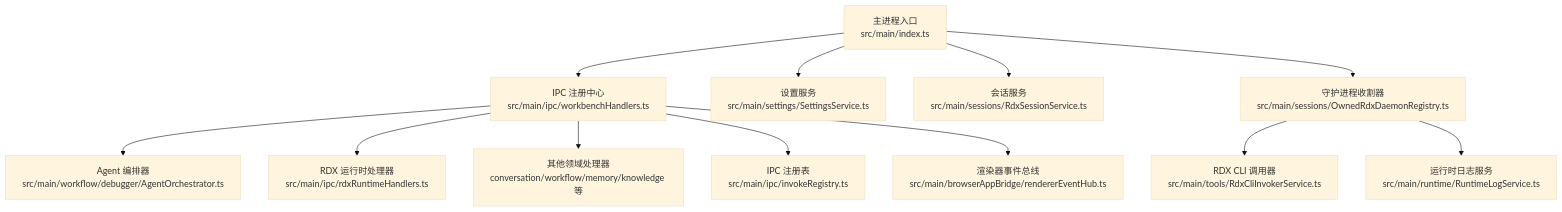
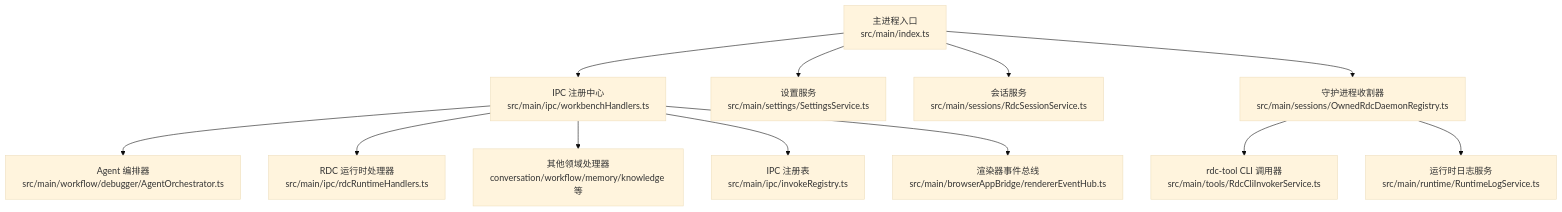
One commit to haolange/RDC-Agent changed the first of 10 diagrams in .qoder/repowiki/zh/content/架构设计/主进程架构/主进程架构.md. Above: the diagram before and after it, drawn with Mermaid (base theme). The commit also changed other lines of this file and 557 other files, not shown here.

First line of the commit message:
Unify RDC-Agent identity and canonical RDC-Tool integration

````diff
--- a/.qoder/repowiki/zh/content/架构设计/主进程架构/主进程架构.md
+++ b/.qoder/repowiki/zh/content/架构设计/主进程架构/主进程架构.md
@@ -48,14 +48,14 @@
 ```mermaid
 graph TB
 A["主进程入口<br/>src/main/index.ts"] --> B["IPC 注册中心<br/>src/main/ipc/workbenchHandlers.ts"]
 A --> C["设置服务<br/>src/main/settings/SettingsService.ts"]
-A --> D["会话服务<br/>src/main/sessions/RdxSessionService.ts"]
-A --> E["守护进程收割器<br/>src/main/sessions/OwnedRdxDaemonRegistry.ts"]
+A --> D["会话服务<br/>src/main/sessions/RdcSessionService.ts"]
+A --> E["守护进程收割器<br/>src/main/sessions/OwnedRdcDaemonRegistry.ts"]
 B --> F["Agent 编排器<br/>src/main/workflow/debugger/AgentOrchestrator.ts"]
-B --> G["RDX 运行时处理器<br/>src/main/ipc/rdxRuntimeHandlers.ts"]
+B --> G["RDC 运行时处理器<br/>src/main/ipc/rdcRuntimeHandlers.ts"]
 B --> H["其他领域处理器<br/>conversation/workflow/memory/knowledge 等"]
 B --> I["IPC 注册表<br/>src/main/ipc/invokeRegistry.ts"]
 B --> J["渲染器事件总线<br/>src/main/browserAppBridge/rendererEventHub.ts"]
-E --> K["RDX CLI 调用器<br/>src/main/tools/RdxCliInvokerService.ts"]
+E --> K["rdc-tool CLI 调用器<br/>src/main/tools/RdcCliInvokerService.ts"]
 E --> L["运行时日志服务<br/>src/main/runtime/RuntimeLogService.ts"]
 ```
````
